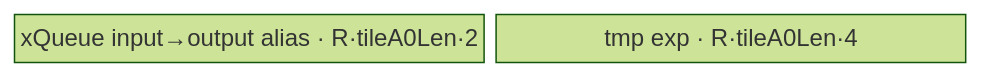
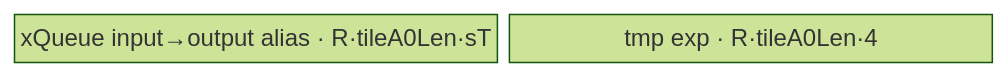
The third of 7 diagrams in knowledge/ops/ascendc/operators/direct/nn/activation/softmax_950.md (Atlas-Ascend-Fork/cannbot-knowledge), drawn with Mermaid (forest theme) before and after one commit. The commit also changed other lines of this file and 54 other files, not shown here.

````diff
--- a/knowledge/ops/ascendc/operators/direct/nn/activation/softmax_950.md
+++ b/knowledge/ops/ascendc/operators/direct/nn/activation/softmax_950.md
@@ -529,6 +662,6 @@
 ```mermaid
 block-beta
   columns 2
-  xy["xQueue input→output alias · R·tileA0Len·2"]:1
+  xy["xQueue input→output alias · R·tileA0Len·sT"]:1
   exp["tmp exp · R·tileA0Len·4"]:1
 ```
````
